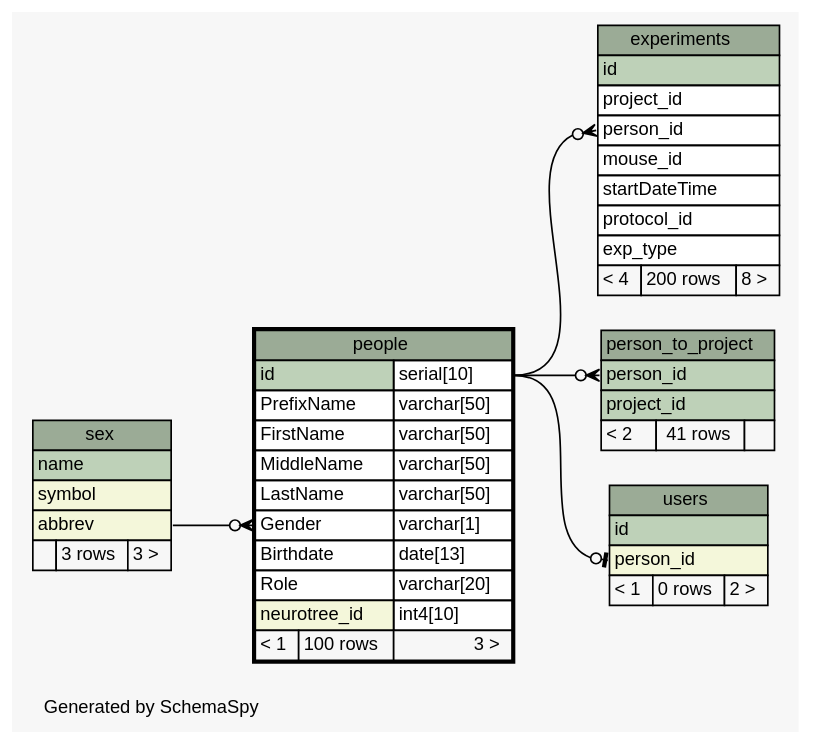
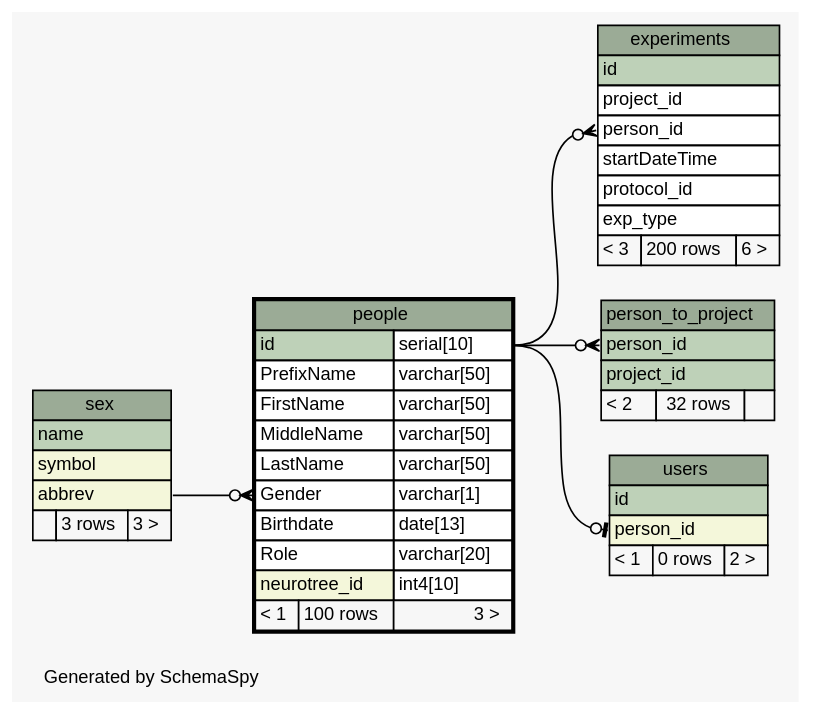
Before and after one commit to tgbugs/mlab: the diagram in database/ss/diagrams/people.1degree.dot, drawn with Graphviz. The commit also changed 185 other files, not shown here.

```diff
--- a/database/ss/diagrams/people.1degree.dot
+++ b/database/ss/diagrams/people.1degree.dot
@@ -1,94 +1,93 @@
 // dot 2.32.0 on Windows 7 6.1
 // SchemaSpy rev 590
 digraph "oneDegreeRelationshipsDiagram" {
   graph [
     rankdir="RL"
     bgcolor="#f7f7f7"
     label="\nGenerated by SchemaSpy"
     labeljust="l"
     nodesep="0.18"
     ranksep="0.46"
     fontname="Helvetica"
     fontsize="11"
   ];
   node [
     fontname="Helvetica"
     fontsize="11"
     shape="plaintext"
   ];
   edge [
     arrowsize="0.8"
   ];
   "experiments":"person_id":w -> "people":"id.type":e [arrowhead=none dir=back arrowtail=crowodot];
   "people":"Gender":w -> "sex":"abbrev":e [arrowhead=none dir=back arrowtail=crowodot];
   "person_to_project":"person_id":w -> "people":"id.type":e [arrowhead=none dir=back arrowtail=crowodot];
   "users":"person_id":w -> "people":"id.type":e [arrowhead=none dir=back arrowtail=teeodot];
   "experiments" [
     label=<
     <TABLE BORDER="0" CELLBORDER="1" CELLSPACING="0" BGCOLOR="#ffffff">
       <TR><TD COLSPAN="3" BGCOLOR="#9bab96" ALIGN="CENTER">experiments</TD></TR>
       <TR><TD PORT="id" COLSPAN="3" BGCOLOR="#bed1b8" ALIGN="LEFT">id</TD></TR>
       <TR><TD PORT="project_id" COLSPAN="3" ALIGN="LEFT">project_id</TD></TR>
       <TR><TD PORT="person_id" COLSPAN="3" ALIGN="LEFT">person_id</TD></TR>
-      <TR><TD PORT="mouse_id" COLSPAN="3" ALIGN="LEFT">mouse_id</TD></TR>
       <TR><TD PORT="startDateTime" COLSPAN="3" ALIGN="LEFT">startDateTime</TD></TR>
       <TR><TD PORT="protocol_id" COLSPAN="3" ALIGN="LEFT">protocol_id</TD></TR>
       <TR><TD PORT="exp_type" COLSPAN="3" ALIGN="LEFT">exp_type</TD></TR>
-      <TR><TD ALIGN="LEFT" BGCOLOR="#f7f7f7">&lt; 4</TD><TD ALIGN="RIGHT" BGCOLOR="#f7f7f7">200 rows</TD><TD ALIGN="RIGHT" BGCOLOR="#f7f7f7">8 &gt;</TD></TR>
+      <TR><TD ALIGN="LEFT" BGCOLOR="#f7f7f7">&lt; 3</TD><TD ALIGN="RIGHT" BGCOLOR="#f7f7f7">200 rows</TD><TD ALIGN="RIGHT" BGCOLOR="#f7f7f7">6 &gt;</TD></TR>
     </TABLE>>
     URL="experiments.html"
     tooltip="experiments"
   ];
   "people" [
     label=<
     <TABLE BORDER="2" CELLBORDER="1" CELLSPACING="0" BGCOLOR="#ffffff">
       <TR><TD COLSPAN="3" BGCOLOR="#9bab96" ALIGN="CENTER">people</TD></TR>
       <TR><TD PORT="id" COLSPAN="2" BGCOLOR="#bed1b8" ALIGN="LEFT">id</TD><TD PORT="id.type" ALIGN="LEFT">serial[10]</TD></TR>
       <TR><TD PORT="PrefixName" COLSPAN="2" ALIGN="LEFT">PrefixName</TD><TD PORT="PrefixName.type" ALIGN="LEFT">varchar[50]</TD></TR>
       <TR><TD PORT="FirstName" COLSPAN="2" ALIGN="LEFT">FirstName</TD><TD PORT="FirstName.type" ALIGN="LEFT">varchar[50]</TD></TR>
       <TR><TD PORT="MiddleName" COLSPAN="2" ALIGN="LEFT">MiddleName</TD><TD PORT="MiddleName.type" ALIGN="LEFT">varchar[50]</TD></TR>
       <TR><TD PORT="LastName" COLSPAN="2" ALIGN="LEFT">LastName</TD><TD PORT="LastName.type" ALIGN="LEFT">varchar[50]</TD></TR>
       <TR><TD PORT="Gender" COLSPAN="2" ALIGN="LEFT">Gender</TD><TD PORT="Gender.type" ALIGN="LEFT">varchar[1]</TD></TR>
       <TR><TD PORT="Birthdate" COLSPAN="2" ALIGN="LEFT">Birthdate</TD><TD PORT="Birthdate.type" ALIGN="LEFT">date[13]</TD></TR>
       <TR><TD PORT="Role" COLSPAN="2" ALIGN="LEFT">Role</TD><TD PORT="Role.type" ALIGN="LEFT">varchar[20]</TD></TR>
       <TR><TD PORT="neurotree_id" COLSPAN="2" BGCOLOR="#f4f7da" ALIGN="LEFT">neurotree_id</TD><TD PORT="neurotree_id.type" ALIGN="LEFT">int4[10]</TD></TR>
       <TR><TD ALIGN="LEFT" BGCOLOR="#f7f7f7">&lt; 1</TD><TD ALIGN="RIGHT" BGCOLOR="#f7f7f7">100 rows</TD><TD ALIGN="RIGHT" BGCOLOR="#f7f7f7">3 &gt;</TD></TR>
     </TABLE>>
     URL="people.html"
     tooltip="people"
   ];
   "person_to_project" [
     label=<
     <TABLE BORDER="0" CELLBORDER="1" CELLSPACING="0" BGCOLOR="#ffffff">
       <TR><TD COLSPAN="3" BGCOLOR="#9bab96" ALIGN="CENTER">person_to_project</TD></TR>
       <TR><TD PORT="person_id" COLSPAN="3" BGCOLOR="#bed1b8" ALIGN="LEFT">person_id</TD></TR>
       <TR><TD PORT="project_id" COLSPAN="3" BGCOLOR="#bed1b8" ALIGN="LEFT">project_id</TD></TR>
-      <TR><TD ALIGN="LEFT" BGCOLOR="#f7f7f7">&lt; 2</TD><TD ALIGN="RIGHT" BGCOLOR="#f7f7f7">41 rows</TD><TD ALIGN="RIGHT" BGCOLOR="#f7f7f7">  </TD></TR>
+      <TR><TD ALIGN="LEFT" BGCOLOR="#f7f7f7">&lt; 2</TD><TD ALIGN="RIGHT" BGCOLOR="#f7f7f7">32 rows</TD><TD ALIGN="RIGHT" BGCOLOR="#f7f7f7">  </TD></TR>
     </TABLE>>
     URL="person_to_project.html"
     tooltip="person_to_project"
   ];
   "sex" [
     label=<
     <TABLE BORDER="0" CELLBORDER="1" CELLSPACING="0" BGCOLOR="#ffffff">
       <TR><TD COLSPAN="3" BGCOLOR="#9bab96" ALIGN="CENTER">sex</TD></TR>
       <TR><TD PORT="name" COLSPAN="3" BGCOLOR="#bed1b8" ALIGN="LEFT">name</TD></TR>
       <TR><TD PORT="symbol" COLSPAN="3" BGCOLOR="#f4f7da" ALIGN="LEFT">symbol</TD></TR>
       <TR><TD PORT="abbrev" COLSPAN="3" BGCOLOR="#f4f7da" ALIGN="LEFT">abbrev</TD></TR>
       <TR><TD ALIGN="LEFT" BGCOLOR="#f7f7f7">  </TD><TD ALIGN="RIGHT" BGCOLOR="#f7f7f7">3 rows</TD><TD ALIGN="RIGHT" BGCOLOR="#f7f7f7">3 &gt;</TD></TR>
     </TABLE>>
     URL="sex.html"
     tooltip="sex"
   ];
   "users" [
     label=<
     <TABLE BORDER="0" CELLBORDER="1" CELLSPACING="0" BGCOLOR="#ffffff">
       <TR><TD COLSPAN="3" BGCOLOR="#9bab96" ALIGN="CENTER">users</TD></TR>
       <TR><TD PORT="id" COLSPAN="3" BGCOLOR="#bed1b8" ALIGN="LEFT">id</TD></TR>
       <TR><TD PORT="person_id" COLSPAN="3" BGCOLOR="#f4f7da" ALIGN="LEFT">person_id</TD></TR>
       <TR><TD ALIGN="LEFT" BGCOLOR="#f7f7f7">&lt; 1</TD><TD ALIGN="RIGHT" BGCOLOR="#f7f7f7">0 rows</TD><TD ALIGN="RIGHT" BGCOLOR="#f7f7f7">2 &gt;</TD></TR>
     </TABLE>>
     URL="users.html"
     tooltip="users"
   ];
 }
```
